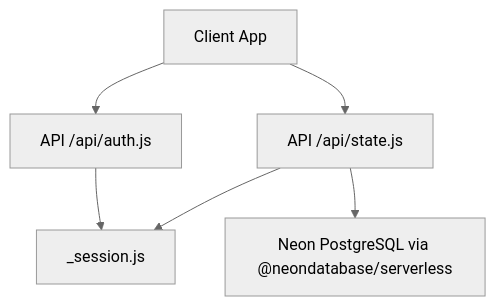
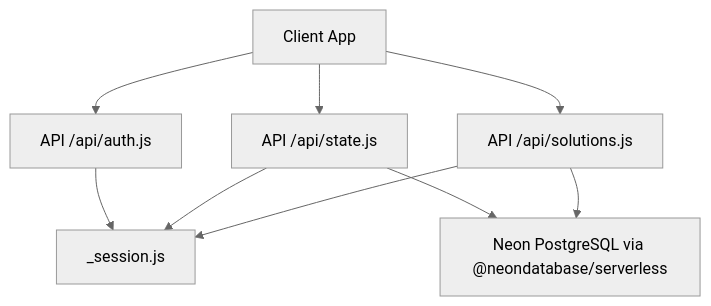
The first of 3 diagrams in .qoder/repowiki/en/content/Backend Services/Backend Services.md (iamrituraj/DSA-Tracker), drawn with Mermaid (neutral theme) before and after one commit. The commit also changed other lines of this file and 29 other files, not shown here.

````diff
--- a/.qoder/repowiki/en/content/Backend Services/Backend Services.md
+++ b/.qoder/repowiki/en/content/Backend Services/Backend Services.md
@@ -33,8 +43,11 @@
 ```mermaid
 graph TB
 Client["Client App"] --> Auth["API /api/auth.js"]
 Client --> State["API /api/state.js"]
+Client --> Solutions["API /api/solutions.js"]
 Auth --> Session["_session.js"]
 State --> Session
+Solutions --> Session
 State --> DB["Neon PostgreSQL via @neondatabase/serverless"]
+Solutions --> DB
 ```
````
